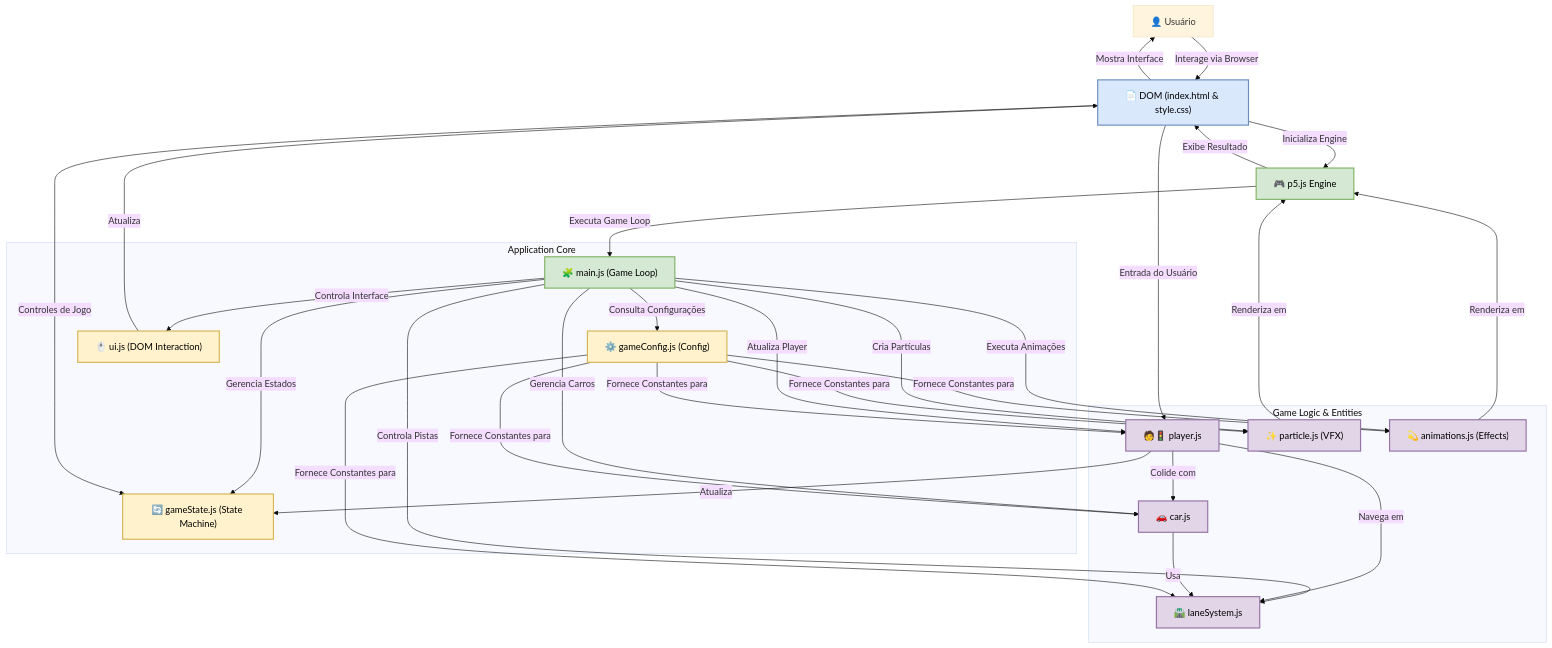
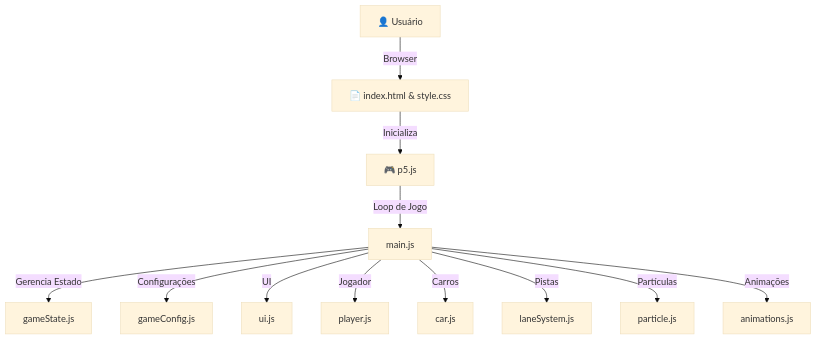
The diagram in README.md (ESousa97/cross-the-road-journey), drawn with Mermaid (base theme) before and after one commit. The commit also changed other lines of this file and 1 other file, not shown here.

````diff
--- a/README.md
+++ b/README.md
@@ -74,53 +91,14 @@
 ```mermaid
 graph TD
-    Usuario["👤 Usuário"] -- "Interage via Browser" --> DOM["📄 DOM (index.html & style.css)"]
-    DOM -- "Inicializa Engine" --> P5Engine["🎮 p5.js Engine"]
-    P5Engine -- "Executa Game Loop" --> Main["🧩 main.js (Game Loop)"]
-    
-    subgraph "Application Core"
-        Main -- "Gerencia Estados" --> GameState["🔄 gameState.js (State Machine)"]
-        Main -- "Consulta Configurações" --> GameConfig["⚙️ gameConfig.js (Config)"]
-        Main -- "Controla Interface" --> UI["🖱️ ui.js (DOM Interaction)"]
-    end
-    
-    subgraph "Game Logic & Entities"
-        Main -- "Atualiza Player" --> Player["🧑‍🚦 player.js"]
-        Main -- "Gerencia Carros" --> Car["🚗 car.js"]
-        Main -- "Controla Pistas" --> LaneSystem["🛣️ laneSystem.js"]
-        Main -- "Cria Partículas" --> Particle["✨ particle.js (VFX)"]
-        Main -- "Executa Animações" --> Animations["💫 animations.js (Effects)"]
-        
-        Player -- "Navega em" --> LaneSystem
-        Player -- "Colide com" --> Car
-        Player -- "Atualiza" --> GameState
-        Car -- "Usa" --> LaneSystem
-    end
-    
-    GameConfig -- "Fornece Constantes para" --> Player
-    GameConfig -- "Fornece Constantes para" --> Car
-    GameConfig -- "Fornece Constantes para" --> LaneSystem
-    GameConfig -- "Fornece Constantes para" --> Animations
-    GameConfig -- "Fornece Constantes para" --> Particle
-    
-    UI -- "Atualiza" --> DOM
-    DOM -- "Entrada do Usuário" --> Player
-    DOM -- "Controles de Jogo" --> GameState
-    
-    Animations -- "Renderiza em" --> P5Engine
-    Particle -- "Renderiza em" --> P5Engine
-    P5Engine -- "Exibe Resultado" --> DOM
-    DOM -- "Mostra Interface" --> Usuario
-
-    %% Estilos para diferentes camadas
-    style DOM fill:#DAE8FC,stroke:#6C8EBF,stroke-width:2px,color:#000
-    style P5Engine fill:#D5E8D4,stroke:#82B366,stroke-width:2px,color:#000
-    style Main fill:#D5E8D4,stroke:#82B366,stroke-width:2px,color:#000
-    style GameState fill:#FFF2CC,stroke:#D6B656,stroke-width:2px,color:#000
-    style GameConfig fill:#FFF2CC,stroke:#D6B656,stroke-width:2px,color:#000
-    style UI fill:#FFF2CC,stroke:#D6B656,stroke-width:2px,color:#000
-    style Player fill:#E1D5E7,stroke:#9673A6,stroke-width:2px,color:#000
-    style Car fill:#E1D5E7,stroke:#9673A6,stroke-width:2px,color:#000
-    style LaneSystem fill:#E1D5E7,stroke:#9673A6,stroke-width:2px,color:#000
-    style Animations fill:#E1D5E7,stroke:#9673A6,stroke-width:2px,color:#000
-    style Particle fill:#E1D5E7,stroke:#9673A6,stroke-width:2px,color:#000
+    User["👤 Usuário"] -- "Browser" --> DOM["📄 index.html & style.css"]
+    DOM -- "Inicializa" --> P5["🎮 p5.js"]
+    P5 -- "Loop de Jogo" --> Main["main.js"]
+    Main -- "Gerencia Estado" --> GameState["gameState.js"]
+    Main -- "Configurações" --> GameConfig["gameConfig.js"]
+    Main -- "UI" --> UI["ui.js"]
+    Main -- "Jogador" --> Player["player.js"]
+    Main -- "Carros" --> Car["car.js"]
+    Main -- "Pistas" --> Lane["laneSystem.js"]
+    Main -- "Partículas" --> Particle["particle.js"]
+    Main -- "Animações" --> Animations["animations.js"]
 ```
````
